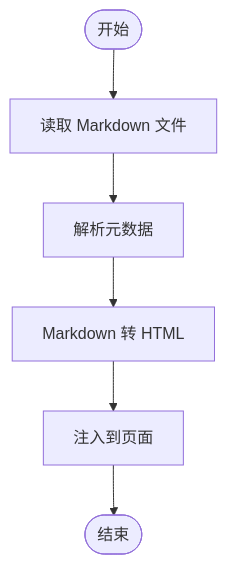
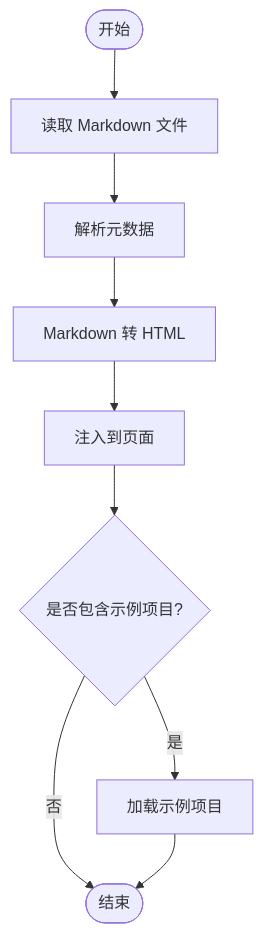
The fourth of 4 diagrams in .qoder/repowiki/zh/content/每日学习内容.md (Leslie-Chuan/classic-example), drawn with Mermaid before and after one commit. The commit also changed other lines of this file and 45 other files, not shown here.

````diff
--- a/.qoder/repowiki/zh/content/每日学习内容.md
+++ b/.qoder/repowiki/zh/content/每日学习内容.md
@@ -277,8 +323,11 @@
 ```mermaid
 flowchart TD
 Start(["开始"]) --> Read["读取 Markdown 文件"]
 Read --> ParseMeta["解析元数据"]
 ParseMeta --> RenderMD["Markdown 转 HTML"]
 RenderMD --> Inject["注入到页面"]
-Inject --> End(["结束"])
+Inject --> CheckDemo{"是否包含示例项目?"}
+CheckDemo --> |是| LoadDemo["加载示例项目"]
+CheckDemo --> |否| End(["结束"])
+LoadDemo --> End
 ```
````
